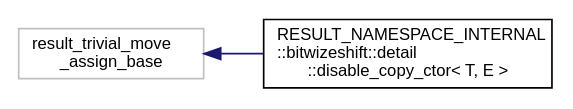
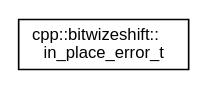
Before and after one commit to bitwizeshift/result: the diagram in api/latest/inherit_graph_2.dot, drawn with Graphviz. The commit also changed 309 other files, not shown here.

```diff
--- a/api/latest/inherit_graph_2.dot
+++ b/api/latest/inherit_graph_2.dot
@@ -1,9 +1,7 @@
 digraph "Graphical Class Hierarchy"
 {
   edge [fontname="Helvetica",fontsize="10",labelfontname="Helvetica",labelfontsize="10"];
   node [fontname="Helvetica",fontsize="10",shape=record];
   rankdir="LR";
-  Node12 [label="result_trivial_move\l_assign_base",height=0.2,width=0.4,color="grey75", fillcolor="white", style="filled"];
-  Node12 -> Node0 [dir="back",color="midnightblue",fontsize="10",style="solid",fontname="Helvetica"];
-  Node0 [label="RESULT_NAMESPACE_INTERNAL\l::bitwizeshift::detail\l::disable_copy_ctor\< T, E \>",height=0.2,width=0.4,color="black", fillcolor="white", style="filled",URL="$dd/d69/struct_r_e_s_u_l_t___n_a_m_e_s_p_a_c_e___i_n_t_e_r_n_a_l_1_1bitwizeshift_1_1detail_1_1disable__copy__ctor.html"];
+  Node0 [label="cpp::bitwizeshift::\lin_place_error_t",height=0.2,width=0.4,color="black", fillcolor="white", style="filled",URL="$d1/d00/structcpp_1_1bitwizeshift_1_1in__place__error__t.html",tooltip="A structure for representing in-place construction of an error type. "];
 }
```
